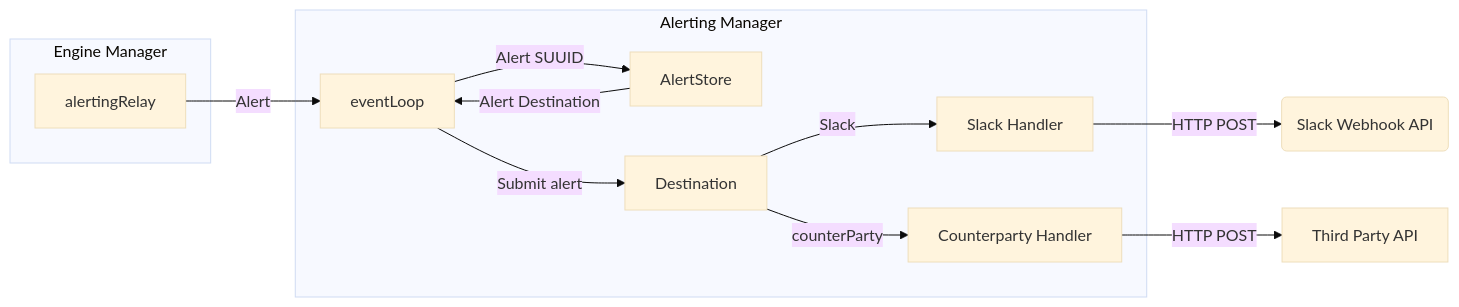
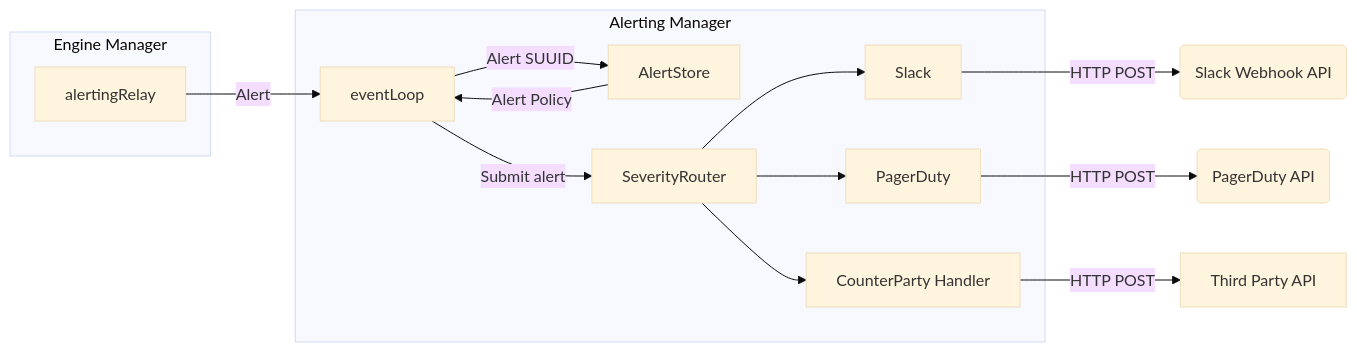
The diagram in docs/architecture/alerting.markdown (base-org/pessimism), drawn with Mermaid (base theme) before and after one commit. The commit also changed other lines of this file and 10 other files, not shown here.

```diff
--- a/docs/architecture/alerting.markdown
+++ b/docs/architecture/alerting.markdown
@@ -17,19 +17,22 @@
 <div class="mermaid">
 graph LR
 
 subgraph EM["Engine Manager"]
     alertingRelay
 end
 
 subgraph AM["Alerting Manager"]
     alertingRelay --> |Alert|EL
     EL[eventLoop] --> |Alert SUUID|AS["AlertStore"]
-    AS --> |Alert Destination|EL
-    EL --> |Submit alert|AD[Destination]
-    AD --> |Slack|SH["Slack Handler"]
-    AD --> |counterParty|CPH["Counterparty Handler"]
+    AS --> |Alert Policy|EL
+    EL --> |Submit alert|SR["SeverityRouter"]
+    SR --> SH["Slack"]
+    SR --> PH["PagerDuty"]
+    SR --> CPH["CounterParty Handler"]
 
 end
 CPH --> |"HTTP POST"|TPH["Third Party API"]
 SH --> |"HTTP POST"|SlackAPI("Slack Webhook API")
+PH --> |"HTTP POST"|PagerDutyAPI("PagerDuty API")
+
 </div>
```
